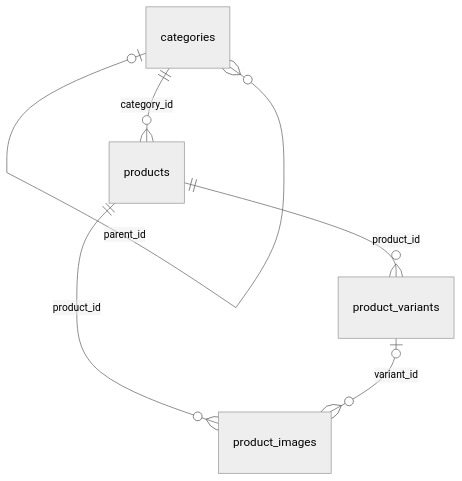
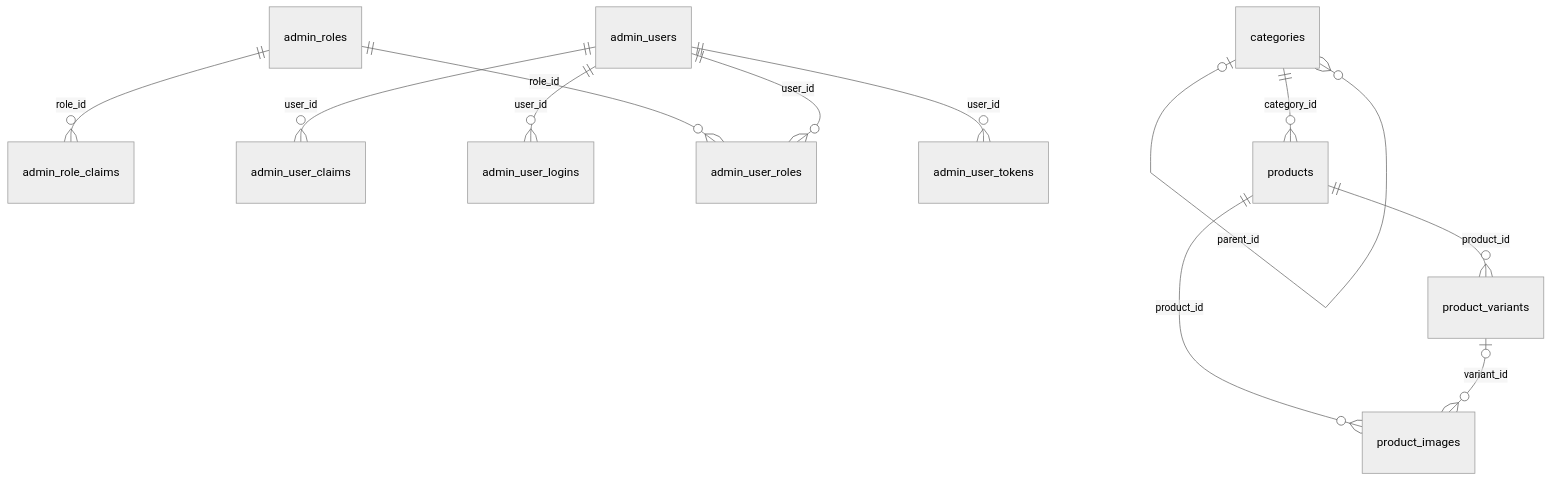
One commit to IvanSemov44/printko3d changed the diagram in docs/database-schema.md. Above: the diagram before and after it, drawn with Mermaid (neutral theme). The commit also changed other lines of this file and 38 other files, not shown here.

````diff
--- a/docs/database-schema.md
+++ b/docs/database-schema.md
@@ -11,8 +11,14 @@
 ```mermaid
 erDiagram
+    admin_roles ||--o{ admin_role_claims : "role_id"
+    admin_users ||--o{ admin_user_claims : "user_id"
+    admin_users ||--o{ admin_user_logins : "user_id"
+    admin_roles ||--o{ admin_user_roles : "role_id"
+    admin_users ||--o{ admin_user_roles : "user_id"
+    admin_users ||--o{ admin_user_tokens : "user_id"
     categories |o--o{ categories : "parent_id"
     products ||--o{ product_images : "product_id"
     product_variants |o--o{ product_images : "variant_id"
     products ||--o{ product_variants : "product_id"
     categories ||--o{ products : "category_id"
 ```
````
